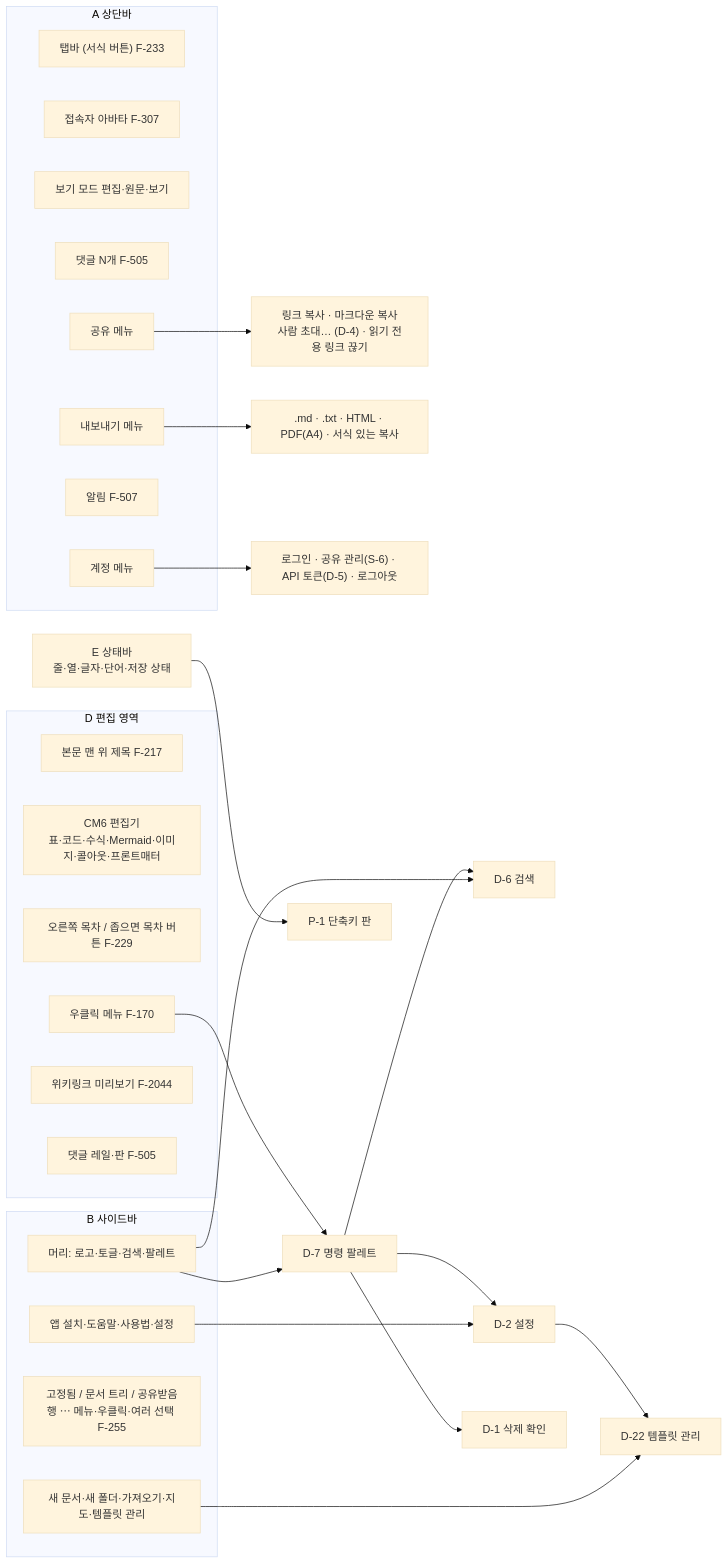
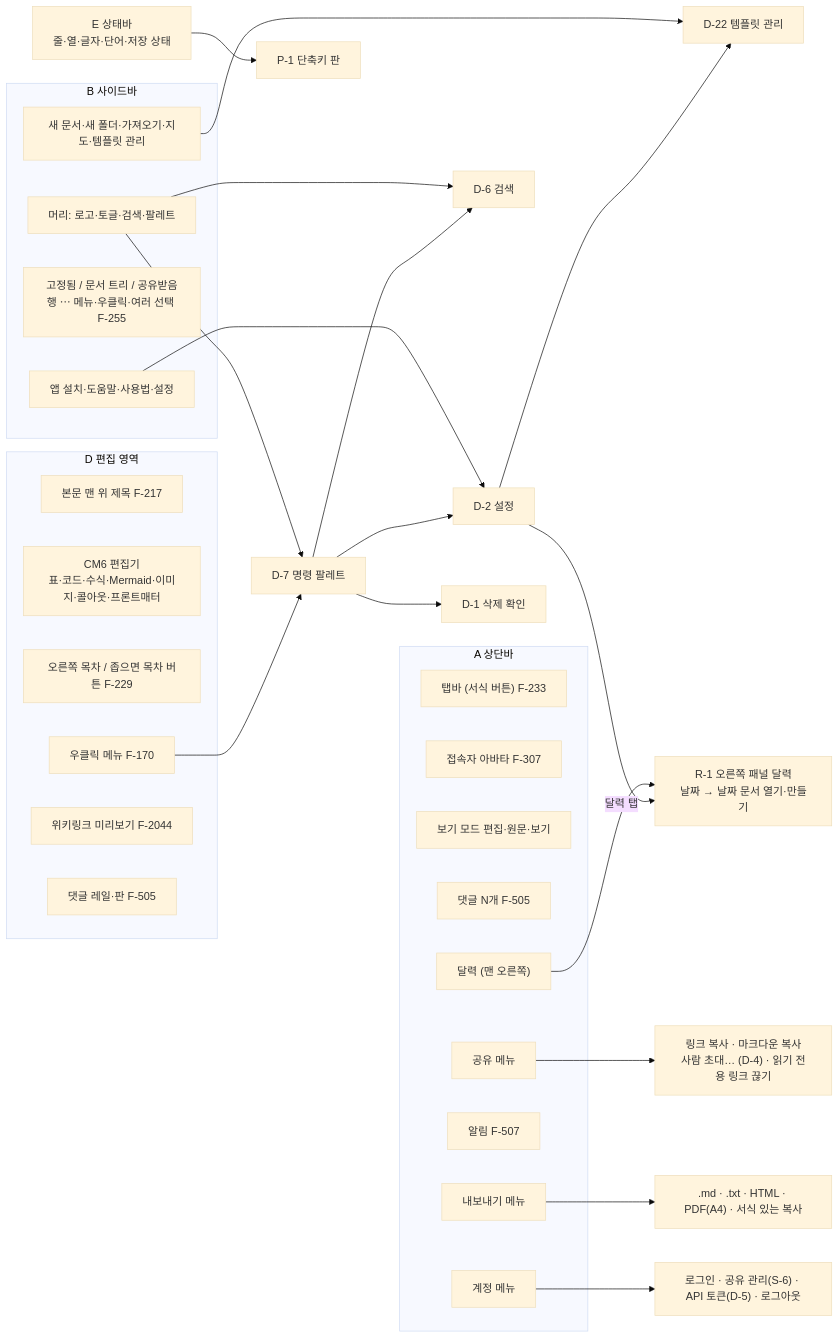
One commit to R00neyj/rawdoc changed the third of 5 diagrams in specs/map.md. Above: the diagram before and after it, drawn with Mermaid (base theme). The commit also changed 30 other files, not shown here.

````diff
--- a/specs/map.md
+++ b/specs/map.md
@@ -67,42 +67,45 @@
 ```mermaid
 flowchart LR
   subgraph A["A 상단바"]
     A1["탭바 (서식 버튼) F-233"]
     A2["접속자 아바타 F-307"]
     A3["보기 모드 편집·원문·보기"]
     A4["댓글 N개 F-505"]
     A5["공유 메뉴"]
     A6["내보내기 메뉴"]
     A7["알림 F-507"]
     A8["계정 메뉴"]
+    A9["달력 (맨 오른쪽)"]
   end
   subgraph B["B 사이드바"]
     B1["머리: 로고·토글·검색·팔레트"]
     B2["새 문서·새 폴더·가져오기·지도·템플릿 관리"]
     B3["고정됨 / 문서 트리 / 공유받음<br/>행 ⋯ 메뉴·우클릭·여러 선택 F-255"]
     B4["앱 설치·도움말·사용법·설정"]
   end
   subgraph D["D 편집 영역"]
     D1["본문 맨 위 제목 F-217"]
     D2["CM6 편집기<br/>표·코드·수식·Mermaid·이미지·콜아웃·프론트매터"]
     D3["오른쪽 목차 / 좁으면 목차 버튼 F-229"]
     D4["우클릭 메뉴 F-170"]
     D5["위키링크 미리보기 F-2044"]
     D6["댓글 레일·판 F-505"]
   end
   E["E 상태바<br/>줄·열·글자·단어·저장 상태"]
 
   A5 --> share["링크 복사 · 마크다운 복사<br/>사람 초대… (D-4) · 읽기 전용 링크 끊기"]
   A6 --> export[".md · .txt · HTML · PDF(A4) · 서식 있는 복사"]
   A8 --> account["로그인 · 공유 관리(S-6) · API 토큰(D-5) · 로그아웃"]
   B1 --> D6dlg["D-6 검색"]
   B1 --> D7dlg["D-7 명령 팔레트"]
   B4 --> D2dlg["D-2 설정"]
   B2 --> D22dlg["D-22 템플릿 관리"]
   D2dlg --> D22dlg
   D4 --> D7dlg
   D7dlg --> D1dlg["D-1 삭제 확인"]
   D7dlg --> D2dlg
   D7dlg --> D6dlg
   E --> P1["P-1 단축키 판"]
+  A9 --> R1["R-1 오른쪽 패널 달력<br/>날짜 → 날짜 문서 열기·만들기"]
+  D2dlg -- "달력 탭" --> R1
 ```
````
